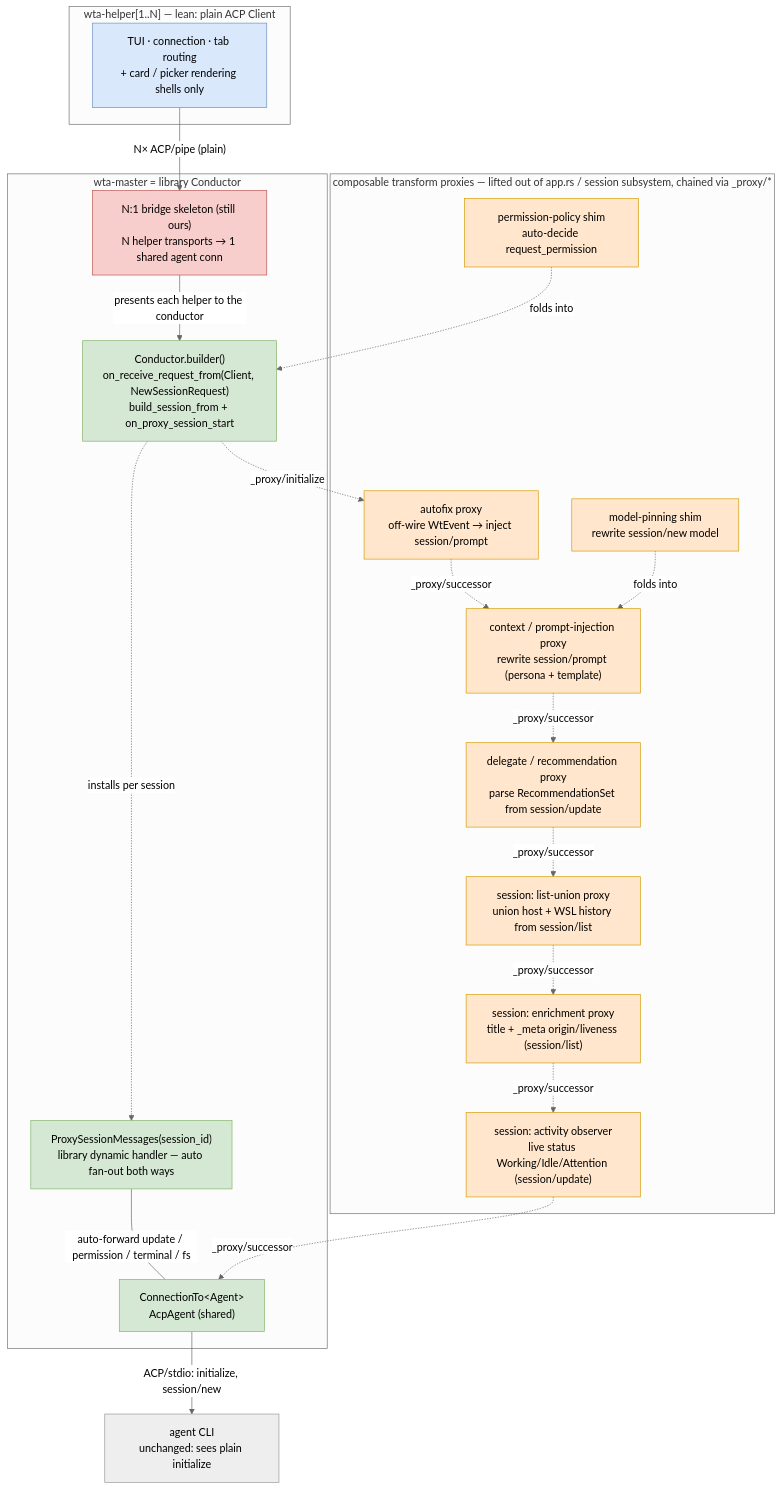
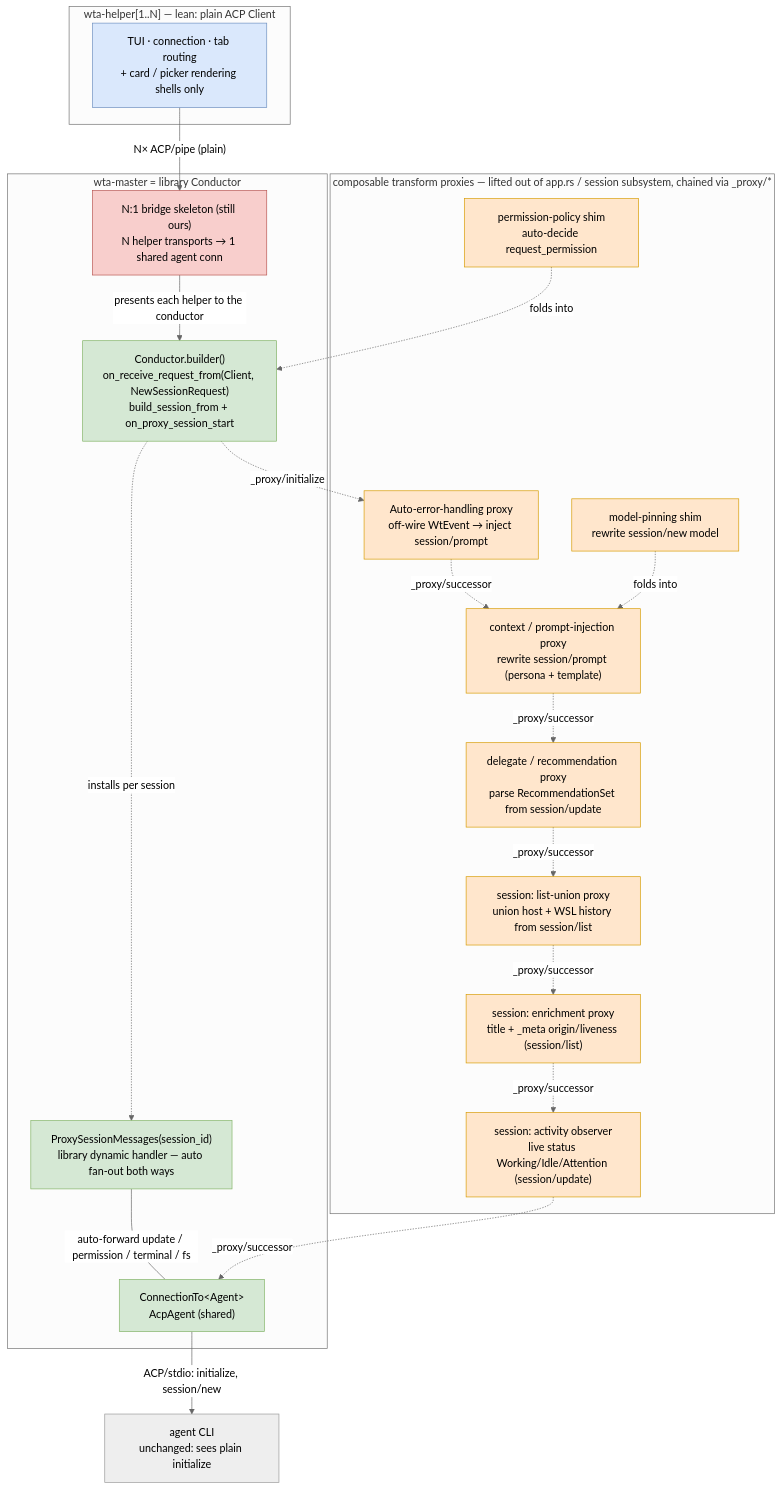
The second of 5 diagrams in doc/specs/acp-1.0-conductor-migration.md (microsoft/intelligent-terminal), drawn with Mermaid (neutral theme) before and after one commit. The commit also changed other lines of this file and 333 other files, not shown here.

Commit message:
Unify Auto-error-handling settings

````diff
--- a/doc/specs/acp-1.0-conductor-migration.md
+++ b/doc/specs/acp-1.0-conductor-migration.md
@@ -188,50 +188,50 @@
 ```mermaid
 flowchart TB
     subgraph helper["wta-helper[1..N] — lean: plain ACP Client"]
         PLUMB["TUI · connection · tab routing<br/>+ card / picker rendering shells only"]
     end
 
     subgraph proxies["composable transform proxies — lifted out of app.rs / session subsystem, chained via _proxy/*"]
-        AFX["autofix proxy<br/>off-wire WtEvent → inject session/prompt"]
+        AFX["Auto-error-handling proxy<br/>off-wire WtEvent → inject session/prompt"]
         CTX["context / prompt-injection proxy<br/>rewrite session/prompt (persona + template)"]
         REC["delegate / recommendation proxy<br/>parse RecommendationSet from session/update"]
         SLU["session: list-union proxy<br/>union host + WSL history from session/list"]
         SLE["session: enrichment proxy<br/>title + _meta origin/liveness (session/list)"]
         SLA["session: activity observer<br/>live status Working/Idle/Attention (session/update)"]
         MOD["model-pinning shim<br/>rewrite session/new model"]
         PERM["permission-policy shim<br/>auto-decide request_permission"]
     end
 
     subgraph master["wta-master = library Conductor"]
         CB["Conductor.builder()<br/>on_receive_request_from(Client, NewSessionRequest)<br/>build_session_from + on_proxy_session_start"]
         PSM["ProxySessionMessages(session_id)<br/>library dynamic handler — auto fan-out both ways"]
         BR["N:1 bridge skeleton (still ours)<br/>N helper transports → 1 shared agent conn"]
         AC["ConnectionTo&lt;Agent&gt;<br/>AcpAgent (shared)"]
     end
 
     CLI["agent CLI<br/>unchanged: sees plain initialize"]
 
     PLUMB -->|"N× ACP/pipe (plain)"| BR
     BR -->|"presents each helper to the conductor"| CB
     CB -.->|"installs per session"| PSM
     PSM ---|"auto-forward update / permission / terminal / fs"| AC
     CB -.->|"_proxy/initialize"| AFX
     AFX -.->|"_proxy/successor"| CTX
     CTX -.->|"_proxy/successor"| REC
     REC -.->|"_proxy/successor"| SLU
     SLU -.->|"_proxy/successor"| SLE
     SLE -.->|"_proxy/successor"| SLA
     SLA -.->|"_proxy/successor"| AC
     AC -->|"ACP/stdio: initialize, session/new"| CLI
     MOD -.->|"folds into"| CTX
     PERM -.->|"folds into"| CB
 
     classDef proxyable fill:#ffe6cc,stroke:#d79b00,color:#000;
     classDef plumbing fill:#dae8fc,stroke:#6c8ebf,color:#000;
     classDef library fill:#d5e8d4,stroke:#82b366,color:#000;
     classDef handrolled fill:#f8cecc,stroke:#b85450,color:#000;
     class AFX,CTX,REC,SLU,SLE,SLA,MOD,PERM proxyable;
     class PLUMB plumbing;
     class CB,PSM,AC library;
     class BR handrolled;
 ```
````
